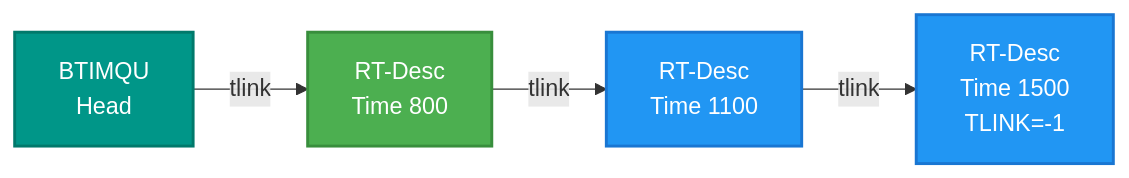
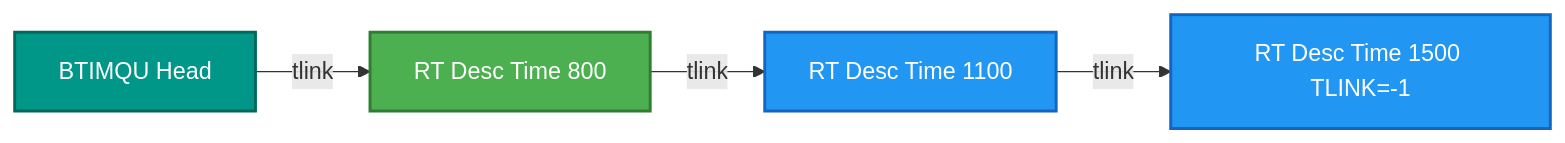
One commit to HackerCorpLabs/NDInsight changed the eighth of 8 diagrams in SINTRAN/OS/00-SINTRAN-ARCHITECTURE-OVERVIEW.md. Above: the diagram before and after it, drawn with Mermaid. The commit also changed other lines of this file and 19 other files, not shown here.

Commit message:
Updated Mermaid diagrams

````diff
--- a/SINTRAN/OS/00-SINTRAN-ARCHITECTURE-OVERVIEW.md
+++ b/SINTRAN/OS/00-SINTRAN-ARCHITECTURE-OVERVIEW.md
@@ -611,11 +611,11 @@
 ```mermaid
 graph LR
-    A[BTIMQU<br/>Head] -->|tlink| B[RT-Desc<br/>Time 800]
-    B -->|tlink| C[RT-Desc<br/>Time 1100]
-    C -->|tlink| D[RT-Desc<br/>Time 1500<br/>TLINK=-1]
+    A[BTIMQU Head] -->|tlink| B[RT Desc Time 800]
+    B -->|tlink| C[RT Desc Time 1100]
+    C -->|tlink| D[RT Desc Time 1500 TLINK=-1]
     
-    style A fill:#009688,stroke:#00796B,stroke-width:2px,color:#fff
-    style B fill:#4CAF50,stroke:#388E3C,stroke-width:2px,color:#fff
-    style C fill:#2196F3,stroke:#1976D2,stroke-width:2px,color:#fff
-    style D fill:#2196F3,stroke:#1976D2,stroke-width:2px,color:#fff
+    style A fill:#009688,stroke:#00695C,stroke-width:2px,color:#fff
+    style B fill:#4CAF50,stroke:#2E7D32,stroke-width:2px,color:#fff
+    style C fill:#2196F3,stroke:#1565C0,stroke-width:2px,color:#fff
+    style D fill:#2196F3,stroke:#1565C0,stroke-width:2px,color:#fff
 ```
````
